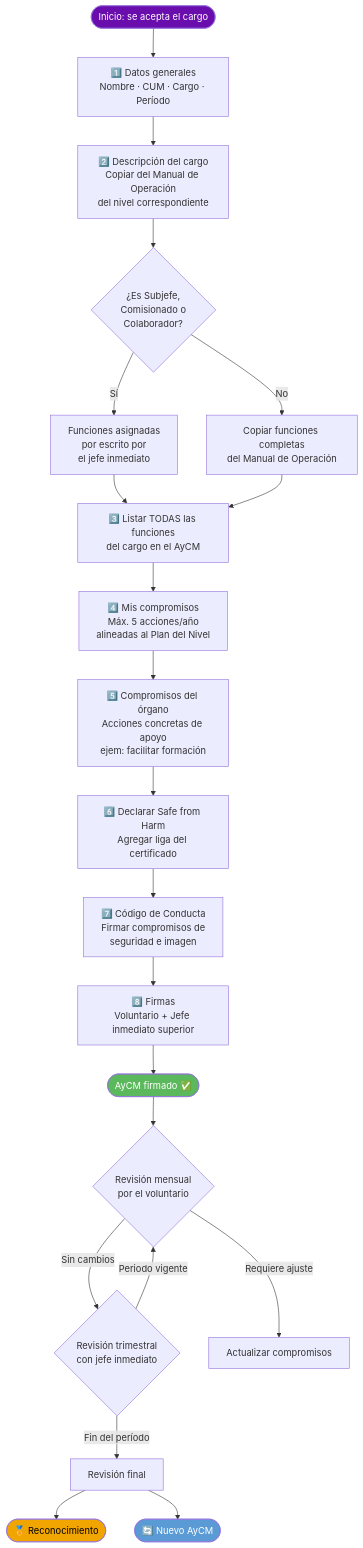
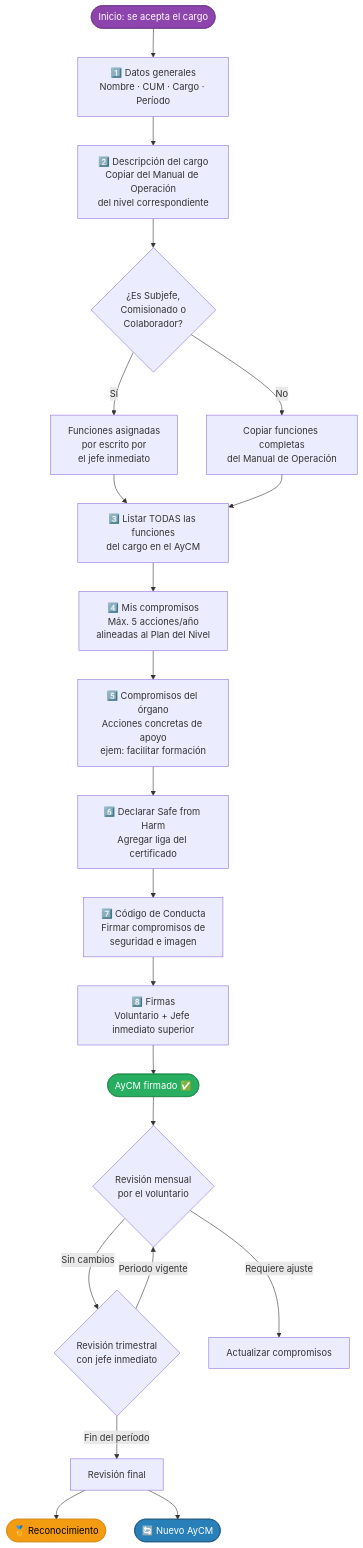
The diagram in docs/base-conocimiento/tips-para-todos/ppf-aycm/aycm.md (conecta-clanes/my-website), drawn with Mermaid before and after one commit. The commit also changed other lines of this file and 51 other files, not shown here.

````diff
--- a/docs/base-conocimiento/tips-para-todos/ppf-aycm/aycm.md
+++ b/docs/base-conocimiento/tips-para-todos/ppf-aycm/aycm.md
@@ -24,28 +24,28 @@
 ```mermaid
 flowchart TD
     A([Inicio: se acepta el cargo]) --> B[1️⃣ Datos generales\nNombre · CUM · Cargo · Período]
     B --> C[2️⃣ Descripción del cargo\nCopiar del Manual de Operación\ndel nivel correspondiente]
     C --> D{¿Es Subjefe,\nComisionado o\nColaborador?}
     D -->|Sí| E[Funciones asignadas\npor escrito por\nel jefe inmediato]
     D -->|No| F[Copiar funciones completas\ndel Manual de Operación]
     E --> G
     F --> G[3️⃣ Listar TODAS las funciones\ndel cargo en el AyCM]
     G --> H[4️⃣ Mis compromisos\nMáx. 5 acciones/año\nalineadas al Plan del Nivel]
     H --> I[5️⃣ Compromisos del órgano\nAcciones concretas de apoyo\nejem: facilitar formación]
     I --> J[6️⃣ Declarar Safe from Harm\nAgregar liga del certificado]
     J --> K[7️⃣ Código de Conducta\nFirmar compromisos de\nseguridad e imagen]
     K --> L[8️⃣ Firmas\nVoluntario + Jefe inmediato superior]
     L --> M([AyCM firmado ✅])
     M --> N{Revisión mensual\npor el voluntario}
     N -->|Sin cambios| O{Revisión trimestral\ncon jefe inmediato}
     N -->|Requiere ajuste| P[Actualizar compromisos]
     O -->|Periodo vigente| N
     O -->|Fin del período| Q[Revisión final]
     Q --> R([🏅 Reconocimiento])
     Q --> S([🔄 Nuevo AyCM])
 
-    style A fill:#6a0dad,color:#fff
-    style M fill:#5cb85c,color:#fff
-    style R fill:#f0a500,color:#000
-    style S fill:#5b9bd5,color:#fff
+    style A fill:#8e44ad,stroke:#6c3483,color:#fff
+    style M fill:#27ae60,stroke:#1e8449,color:#fff
+    style R fill:#f39c12,stroke:#d68910,color:#000
+    style S fill:#2980b9,stroke:#1a5276,color:#fff
 ```
````
